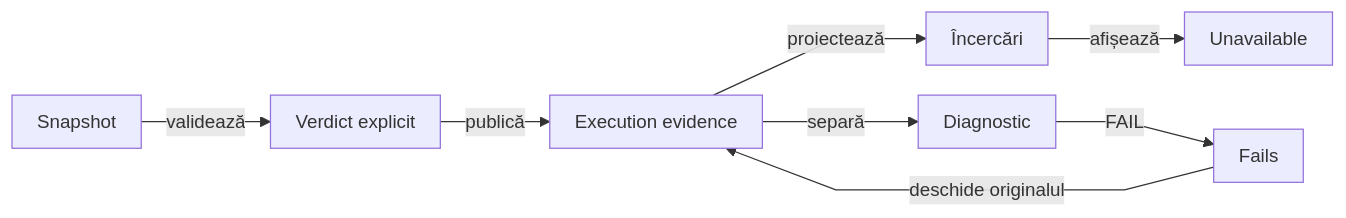
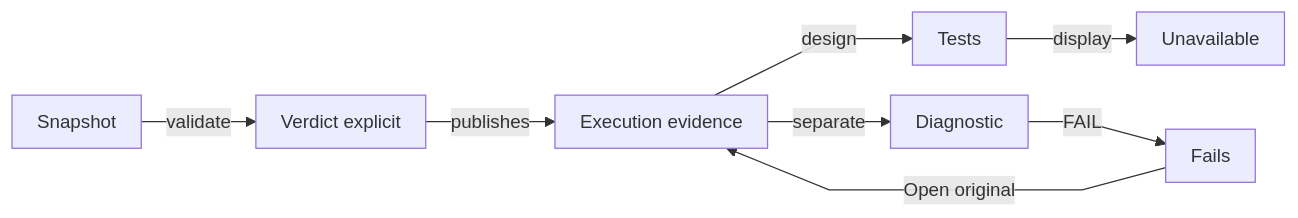
Before and after one commit to crististefanita/atf_j0: the fifth of 18 diagrams in atf-reporting/README.md, drawn with Mermaid. The commit also changed other lines of this file and 113 other files, not shown here.

````diff
--- a/atf-reporting/README.md
+++ b/atf-reporting/README.md
@@ -702,11 +597,11 @@
 ```mermaid
 %%{init: {"themeVariables":{"fontSize":"15px"},"themeCSS":".nodeLabel, .nodeLabel p { font-size: 15px !important; line-height: 1.35 !important; } .edgeLabel, .edgeLabel p { font-size: 12px !important; font-weight: 400 !important; line-height: 1.2 !important; } .edgeLabel .labelBkg, .edgeLabel p { background: transparent !important; } .edgeLabel foreignObject { transform: translateY(-18px); overflow: visible; } .node rect { rx: 6px; ry: 6px; }","flowchart":{"curve":"linear","nodeSpacing":24,"rankSpacing":40,"padding":10,"diagramPadding":16}}}%%
 flowchart LR
-    Snapshot["Snapshot"] -->|validează| Verdict["Verdict explicit"]
-    Verdict -->|publică| Evidence["Execution evidence"]
-    Evidence -->|proiectează| History["Încercări"]
-    Evidence -->|separă| Diagnostic["Diagnostic"]
-    History -->|afișează| Missing["Unavailable"]
+    Snapshot["Snapshot"] -->|validate| Verdict["Verdict explicit"]
+    Verdict -->|publishes| Evidence["Execution evidence"]
+    Evidence -->|design| History["Tests"]
+    Evidence -->|separate| Diagnostic["Diagnostic"]
+    History -->|display| Missing["Unavailable"]
     Diagnostic -->|FAIL| Index["Fails"]
-    Index -->|deschide originalul| Evidence
+    Index -->|Open original| Evidence
 ```
````
